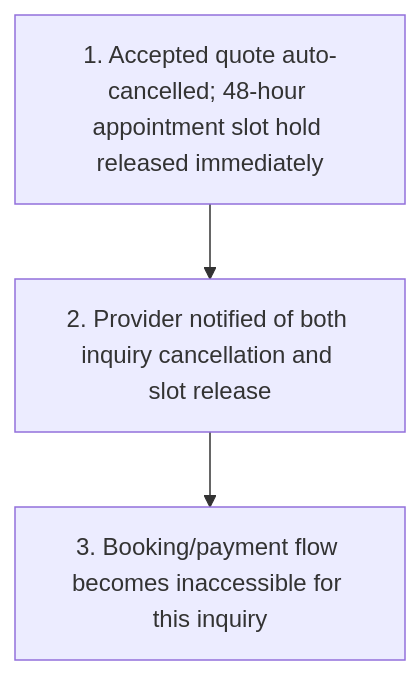
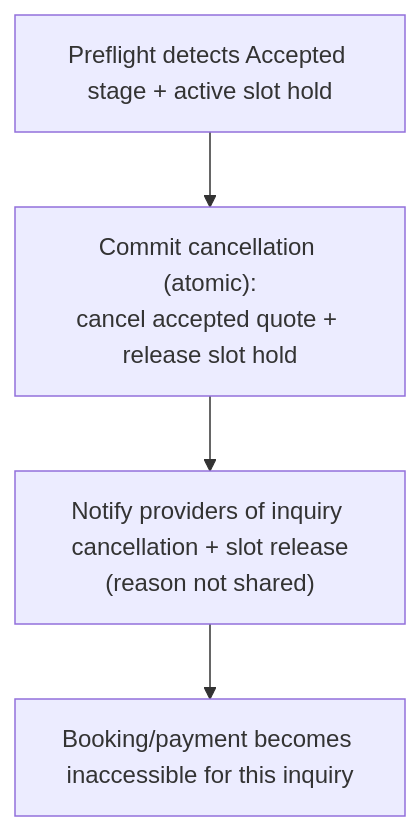
Before and after one commit to joachimtrungtuan/hairline-pm-docs: diagram 14 of 14 in project-requirements/functional-requirements/fr003-inquiry-submission/prd.md, drawn with Mermaid. The commit also changed other lines of this file and 12 other files, not shown here.

Commit message:
Update task automation scripts and update FR-003 flows into Mermaid format

````diff
--- a/project-requirements/functional-requirements/fr003-inquiry-submission/prd.md
+++ b/project-requirements/functional-requirements/fr003-inquiry-submission/prd.md
@@ -422,5 +383,6 @@
 ```mermaid
 flowchart TD
-  E2S1["1. Accepted quote auto-cancelled; 48-hour appointment slot hold released immediately"] --> E2S2["2. Provider notified of both inquiry cancellation and slot release"]
-  E2S2 --> E2S3["3. Booking/payment flow becomes inaccessible for this inquiry"]
+    Preflight["Preflight detects Accepted stage + active slot hold"] --> Commit["Commit cancellation (atomic):<br/>cancel accepted quote + release slot hold"]
+    Commit --> Notify["Notify providers of inquiry cancellation + slot release<br/>(reason not shared)"]
+    Notify --> Block["Booking/payment becomes inaccessible for this inquiry"]
 ```
````
